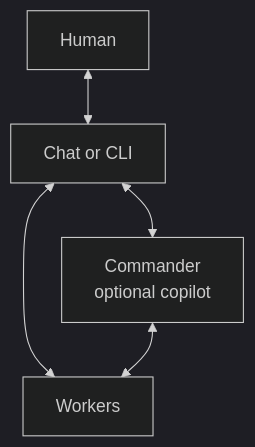
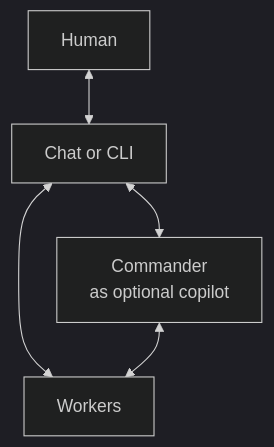
Before and after one commit to swiknaba/digitaltwin: the diagram in README.md, drawn with Mermaid (dark theme).

Commit message:
Apply suggestion from @swiknaba

````diff
--- a/README.md
+++ b/README.md
@@ -16,12 +16,12 @@
 ```mermaid
 flowchart TD
   human[Human]
   access[Chat or CLI]
-  commander[Commander<br/>optional copilot]
+  commander[Commander<br/> as optional copilot]
   workers[Workers]
 
   human <--> access
   access <--> workers
   access <--> commander
   commander <--> workers
 ```
````
